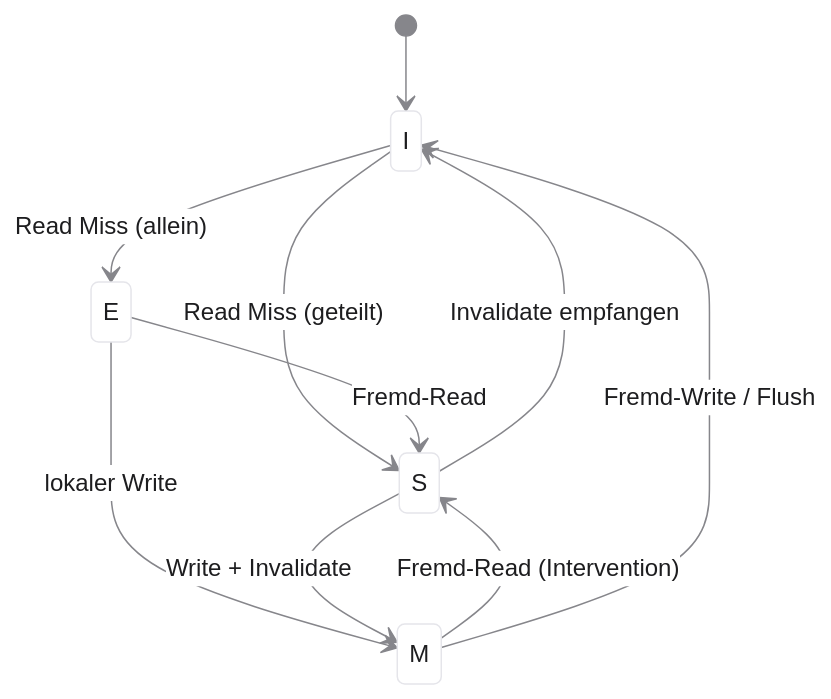
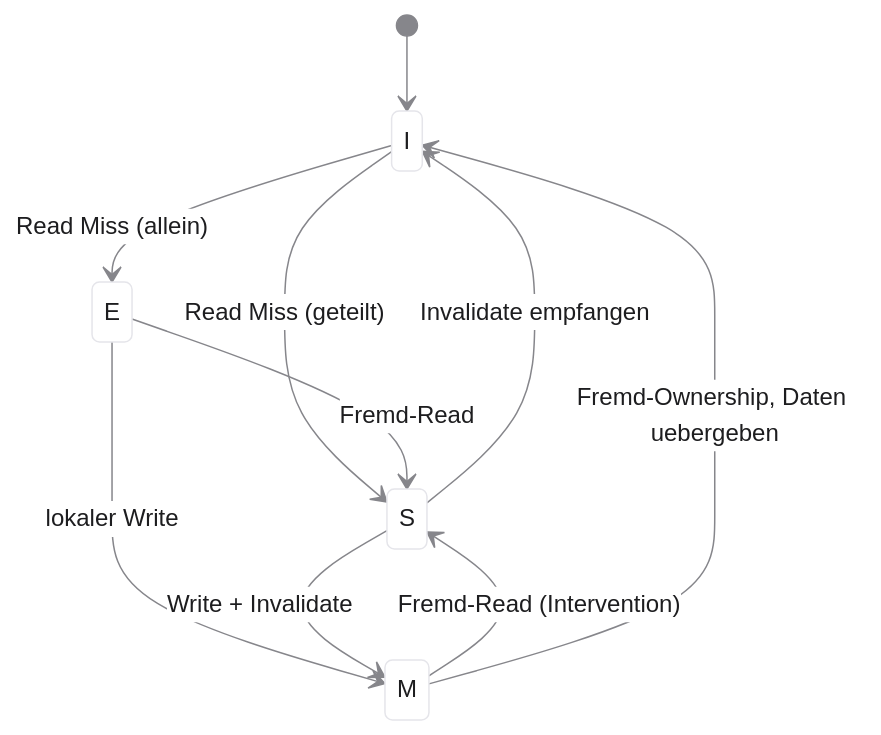
One commit to dantschi/mct3 changed the second of 2 diagrams in vorlesungen/09_paralleles_rechnen_multicore.qmd. Above: the diagram before and after it, drawn with Mermaid. The commit also changed other lines of this file and 28 other files, not shown here.

````diff
--- a/vorlesungen/09_paralleles_rechnen_multicore.qmd
+++ b/vorlesungen/09_paralleles_rechnen_multicore.qmd
@@ -169,14 +172,14 @@
 ```{mermaid}
 %%| fig-width: 4.2
 %%{init: {'theme': 'base', 'themeVariables': {'background': '#FFFFFF', 'primaryColor': '#FFFFFF', 'primaryBorderColor': '#E5E5EA', 'primaryTextColor': '#1D1D1F', 'lineColor': '#86868B', 'secondaryColor': '#F5F5F7', 'tertiaryColor': '#FFFFFF', 'mainBkg': '#FFFFFF', 'nodeBorder': '#E5E5EA', 'clusterBkg': '#F5F5F7', 'clusterBorder': '#E5E5EA', 'titleColor': '#1D1D1F', 'edgeLabelBackground': '#FFFFFF'}}}%%
 stateDiagram-v2
   [*] --> I
   I --> E: Read Miss (allein)
   I --> S: Read Miss (geteilt)
   E --> S: Fremd-Read
   E --> M: lokaler Write
   S --> M: Write + Invalidate
   S --> I: Invalidate empfangen
   M --> S: Fremd-Read (Intervention)
-  M --> I: Fremd-Write / Flush
+  M --> I: Fremd-Ownership, Daten uebergeben
 ```
````
